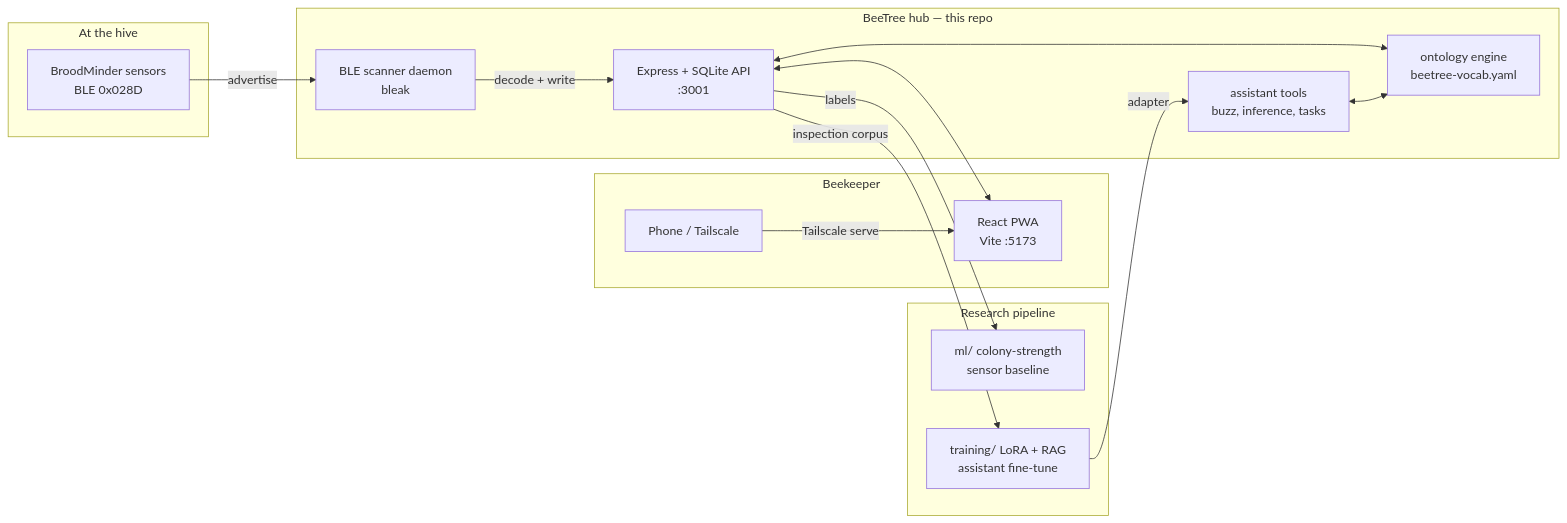
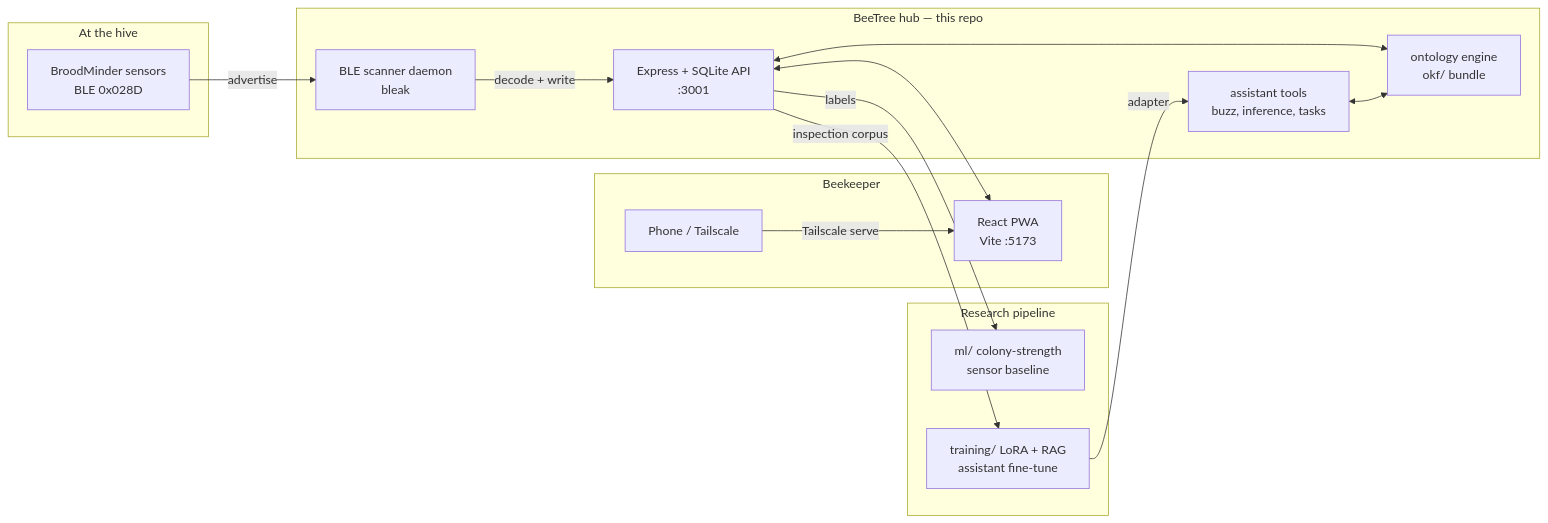
Before and after one commit to shields-farm/beetree: the diagram in README.md, drawn with Mermaid. The commit also changed other lines of this file and 150 other files, not shown here.

````diff
--- a/README.md
+++ b/README.md
@@ -27,33 +27,33 @@
 ```mermaid
 flowchart LR
     subgraph HIVE [At the hive]
         BM[BroodMinder sensors<br/>BLE 0x028D]
     end
 
     subgraph HUB [BeeTree hub — this repo]
         SCAN[BLE scanner daemon<br/>bleak]
         API[Express + SQLite API<br/>:3001]
-        ONT[ontology engine<br/>beetree-vocab.yaml]
+        ONT[ontology engine<br/>okf/ bundle]
         ASSIST[assistant tools<br/>buzz, inference, tasks]
     end
 
     subgraph CLIENT [Beekeeper]
         UI[React PWA<br/>Vite :5173]
         PH[Phone / Tailscale]
     end
 
     subgraph RESEARCH [Research pipeline]
         ML[ml/ colony-strength<br/>sensor baseline]
         TR[training/ LoRA + RAG<br/>assistant fine-tune]
     end
 
     BM -- "advertise" --> SCAN
     SCAN -- "decode + write" --> API
     API <--> ONT
     ASSIST <--> ONT
     API <--> UI
     PH -- "Tailscale serve" --> UI
     API -- "labels" --> ML
     API -- "inspection corpus" --> TR
     TR -- "adapter" --> ASSIST
 ```
````
